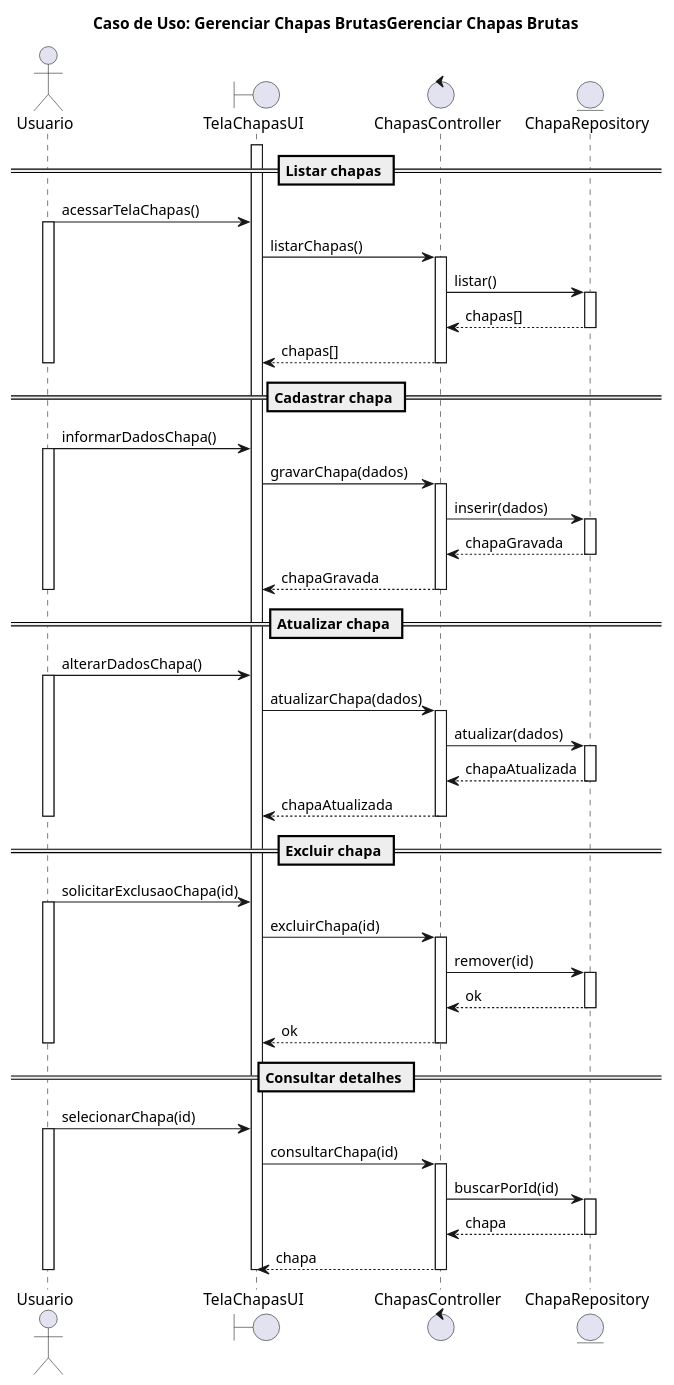
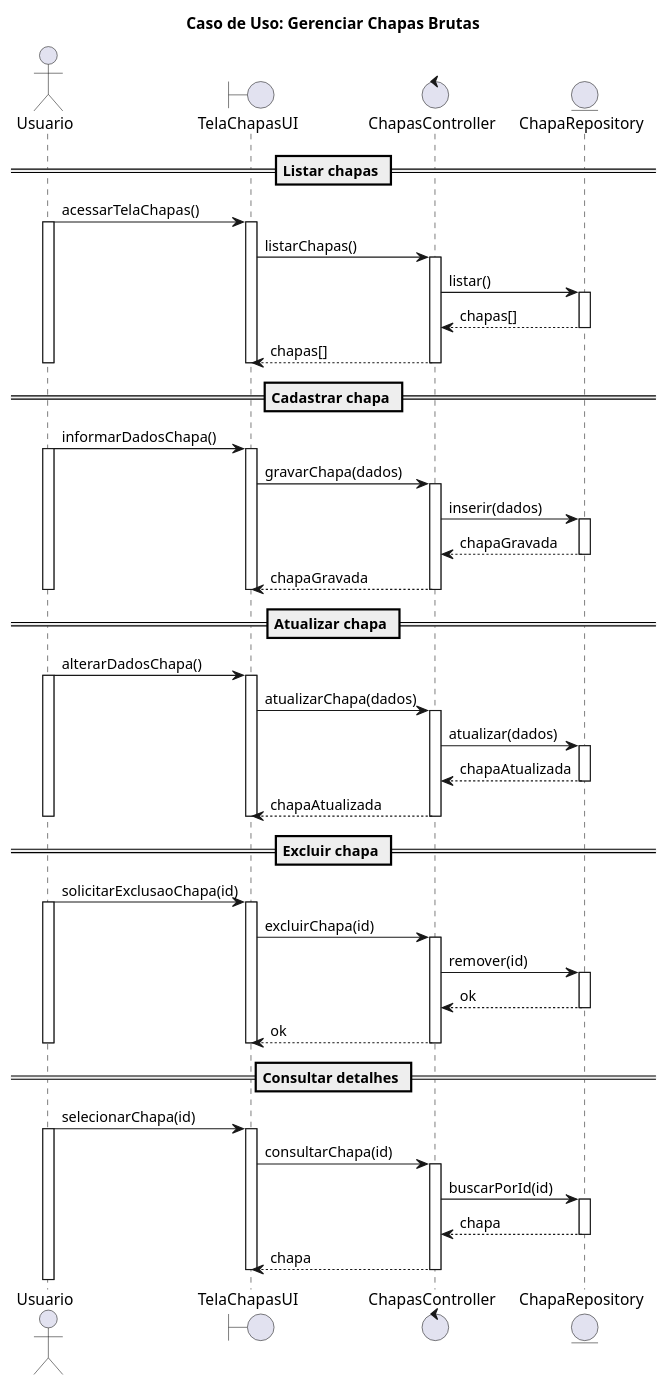
Before and after one commit to WlFerrari/TetusManager: the first of 2 diagrams in DIAGRAMAS_SEQUENCIA_PROFESSOR.md, drawn with PlantUML. The commit also changed other lines of this file and 21 other files, not shown here.

````diff
--- a/DIAGRAMAS_SEQUENCIA_PROFESSOR.md
+++ b/DIAGRAMAS_SEQUENCIA_PROFESSOR.md
@@ -5,71 +5,78 @@
 ```plantuml
 @startuml
-title Caso de Uso: Gerenciar Chapas BrutasGerenciar Chapas Brutas
+title Caso de Uso: Gerenciar Chapas Brutas
 actor Usuario
 boundary UI as "TelaChapasUI"
 control ChapasCtrl as "ChapasController"
 entity ChapaRepo as "ChapaRepository"
+== Listar chapas ==
+ Usuario -> UI: acessarTelaChapas()
+ activate Usuario
 activate UI
-== Listar chapas ==
-Usuario -> UI: acessarTelaChapas()
-activate Usuario
-UI -> ChapasCtrl: listarChapas()
-activate ChapasCtrl
+ UI -> ChapasCtrl: listarChapas()
+ activate ChapasCtrl
 ChapasCtrl -> ChapaRepo: listar()
 activate ChapaRepo
 ChapaRepo --> ChapasCtrl: chapas[]
 deactivate ChapaRepo
 ChapasCtrl --> UI: chapas[]
 deactivate ChapasCtrl
-deactivate Usuario
-== Cadastrar chapa ==
-Usuario -> UI: informarDadosChapa()
-activate Usuario
-UI -> ChapasCtrl: gravarChapa(dados)
-activate ChapasCtrl
+deactivate UI
+ deactivate Usuario
+ == Cadastrar chapa ==
+ Usuario -> UI: informarDadosChapa()
+ activate Usuario
+activate UI
+ UI -> ChapasCtrl: gravarChapa(dados)
+ activate ChapasCtrl
 ChapasCtrl -> ChapaRepo: inserir(dados)
 activate ChapaRepo
 ChapaRepo --> ChapasCtrl: chapaGravada
 deactivate ChapaRepo
 ChapasCtrl --> UI: chapaGravada
 deactivate ChapasCtrl
-deactivate Usuario
-== Atualizar chapa ==
-Usuario -> UI: alterarDadosChapa()
-activate Usuario
-UI -> ChapasCtrl: atualizarChapa(dados)
-activate ChapasCtrl
+deactivate UI
+ deactivate Usuario
+ == Atualizar chapa ==
+ Usuario -> UI: alterarDadosChapa()
+ activate Usuario
+activate UI
+ UI -> ChapasCtrl: atualizarChapa(dados)
+ activate ChapasCtrl
 ChapasCtrl -> ChapaRepo: atualizar(dados)
 activate ChapaRepo
 ChapaRepo --> ChapasCtrl: chapaAtualizada
 deactivate ChapaRepo
 ChapasCtrl --> UI: chapaAtualizada
 deactivate ChapasCtrl
-deactivate Usuario
-== Excluir chapa ==
-Usuario -> UI: solicitarExclusaoChapa(id)
-activate Usuario
-UI -> ChapasCtrl: excluirChapa(id)
-activate ChapasCtrl
+deactivate UI
+ deactivate Usuario
+ == Excluir chapa ==
+ Usuario -> UI: solicitarExclusaoChapa(id)
+ activate Usuario
+activate UI
+ UI -> ChapasCtrl: excluirChapa(id)
+ activate ChapasCtrl
 ChapasCtrl -> ChapaRepo: remover(id)
 activate ChapaRepo
 ChapaRepo --> ChapasCtrl: ok
 deactivate ChapaRepo
 ChapasCtrl --> UI: ok
 deactivate ChapasCtrl
-deactivate Usuario
-== Consultar detalhes ==
-Usuario -> UI: selecionarChapa(id)
-activate Usuario
-UI -> ChapasCtrl: consultarChapa(id)
-activate ChapasCtrl
+deactivate UI
+ deactivate Usuario
+ == Consultar detalhes ==
+ Usuario -> UI: selecionarChapa(id)
+ activate Usuario
+activate UI
+ UI -> ChapasCtrl: consultarChapa(id)
+ activate ChapasCtrl
 ChapasCtrl -> ChapaRepo: buscarPorId(id)
 activate ChapaRepo
 ChapaRepo --> ChapasCtrl: chapa
 deactivate ChapaRepo
 ChapasCtrl --> UI: chapa
 deactivate ChapasCtrl
-deactivate Usuario
 deactivate UI
-@enduml
+ @enduml
 ```
````
